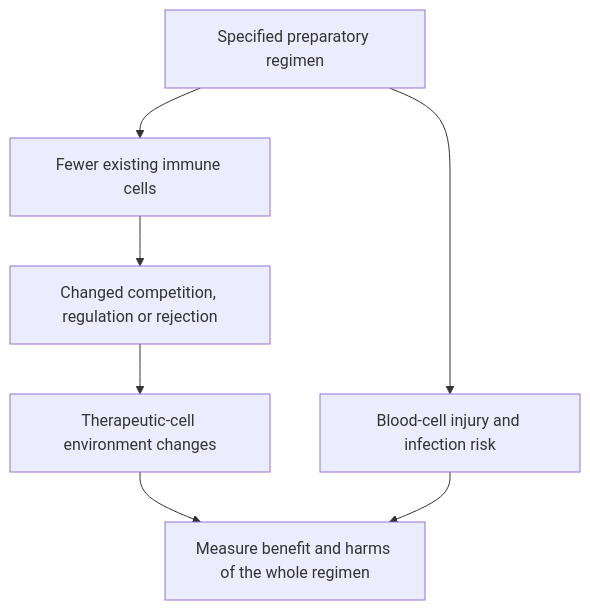
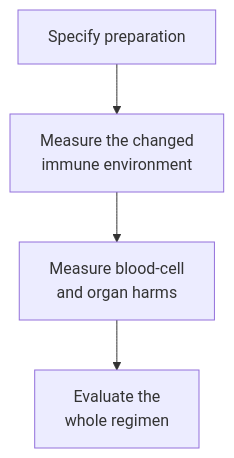
Before and after one commit to jasonLaster/oncoguide: the diagram in wiki/education/concepts/therapeutics/toxicities-and-supportive-care/lymphodepletion.md, drawn with Mermaid. The commit also changed other lines of this file and 43 other files, not shown here.

Commit message:
education: sync engineered-cell curriculum and native diagram settings

````diff
--- a/wiki/education/concepts/therapeutics/toxicities-and-supportive-care/lymphodepletion.md
+++ b/wiki/education/concepts/therapeutics/toxicities-and-supportive-care/lymphodepletion.md
@@ -42,9 +42,6 @@
 ```mermaid
 flowchart TD
-  A["Specified preparatory regimen"] --> B["Fewer existing immune cells"]
-  B --> C["Changed competition, regulation or rejection"]
-  C --> D["Therapeutic-cell environment changes"]
-  A --> E["Blood-cell injury and infection risk"]
-  D --> F["Measure benefit and harms of the whole regimen"]
-  E --> F
+  A["Specify preparation"] --> B["Measure the changed<br/>immune environment"]
+  B --> C["Measure blood-cell<br/>and organ harms"]
+  C --> D["Evaluate the<br/>whole regimen"]
 ```
````
